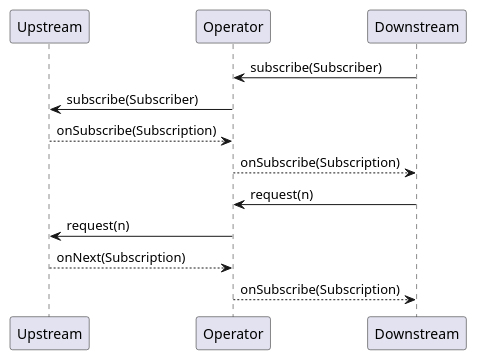
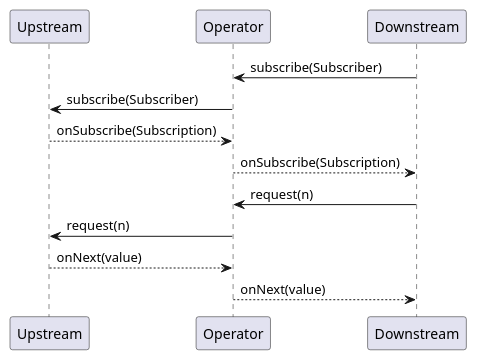
Before and after one commit to yanghoon/obsidian-workspace: the second of 2 diagrams in _diary/2024-06-18.md, drawn with PlantUML.

Commit message:
vault backup: 2024-06-19 00:42:43

````diff
--- a/_diary/2024-06-18.md
+++ b/_diary/2024-06-18.md
@@ -39,20 +39,19 @@
 ```plantuml
 @startuml
 
 participant Upstream as Up
 participant Operator as Ops
 participant Downstream as Down
 
 Down -> Ops: subscribe(Subscriber)
 Ops -> Up: subscribe(Subscriber)
 Ops <-- Up: onSubscribe(Subscription)
 Down <-- Ops: onSubscribe(Subscription)
 
 Down -> Ops: request(n)
 Ops -> Up: request(n)
-Ops <-- Up: onNext(Subscription)
-Down <-- Ops: onSubscribe(Subscription)
-
+Ops <-- Up: onNext(value)
+Down <-- Ops: onNext(value)
 
 @enduml
 ```
````
